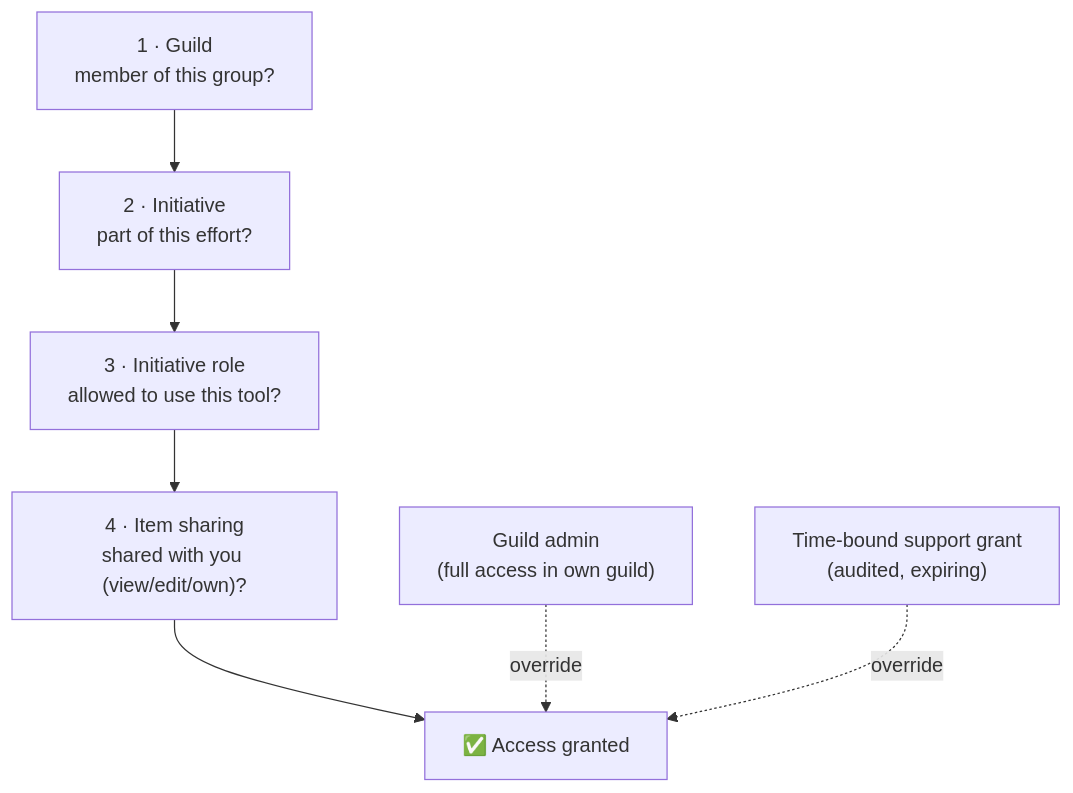
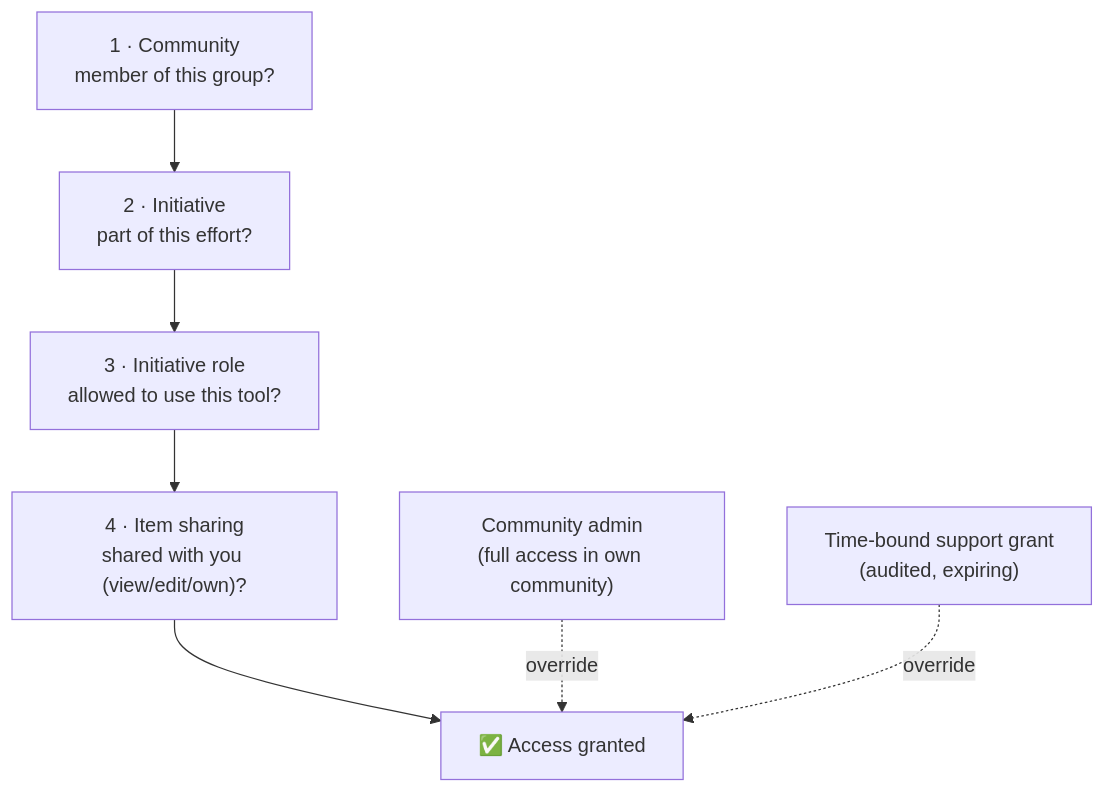
The diagram in docs/en/security/how-your-data-is-kept-separate.md (Morelitea/initiative), drawn with Mermaid before and after one commit. The commit also changed other lines of this file and 41 other files, not shown here.

````diff
--- a/docs/en/security/how-your-data-is-kept-separate.md
+++ b/docs/en/security/how-your-data-is-kept-separate.md
@@ -40,9 +40,9 @@
 ```mermaid
 graph TD
-  A["1 · Guild<br/>member of this group?"] --> B["2 · Initiative<br/>part of this effort?"]
+  A["1 · Community<br/>member of this group?"] --> B["2 · Initiative<br/>part of this effort?"]
   B --> C["3 · Initiative role<br/>allowed to use this tool?"]
   C --> D["4 · Item sharing<br/>shared with you (view/edit/own)?"]
   D --> OK["✅ Access granted"]
-  E["Guild admin<br/>(full access in own guild)"] -.override.-> OK
+  E["Community admin<br/>(full access in own community)"] -.override.-> OK
   F["Time-bound support grant<br/>(audited, expiring)"] -.override.-> OK
 ```
````
